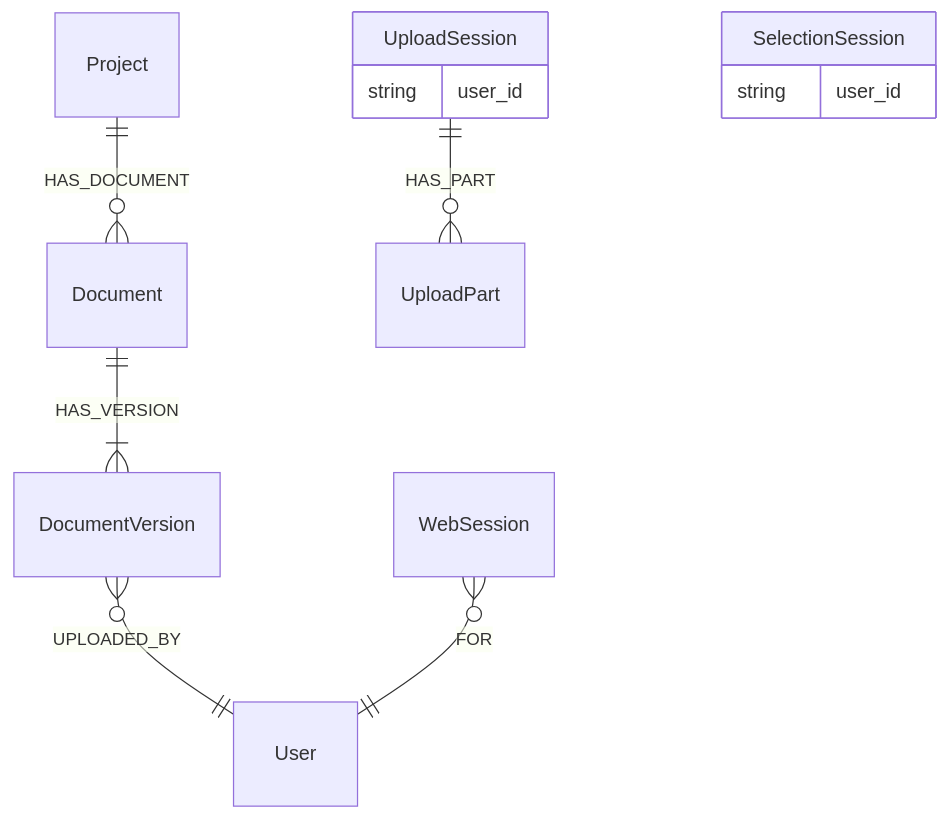
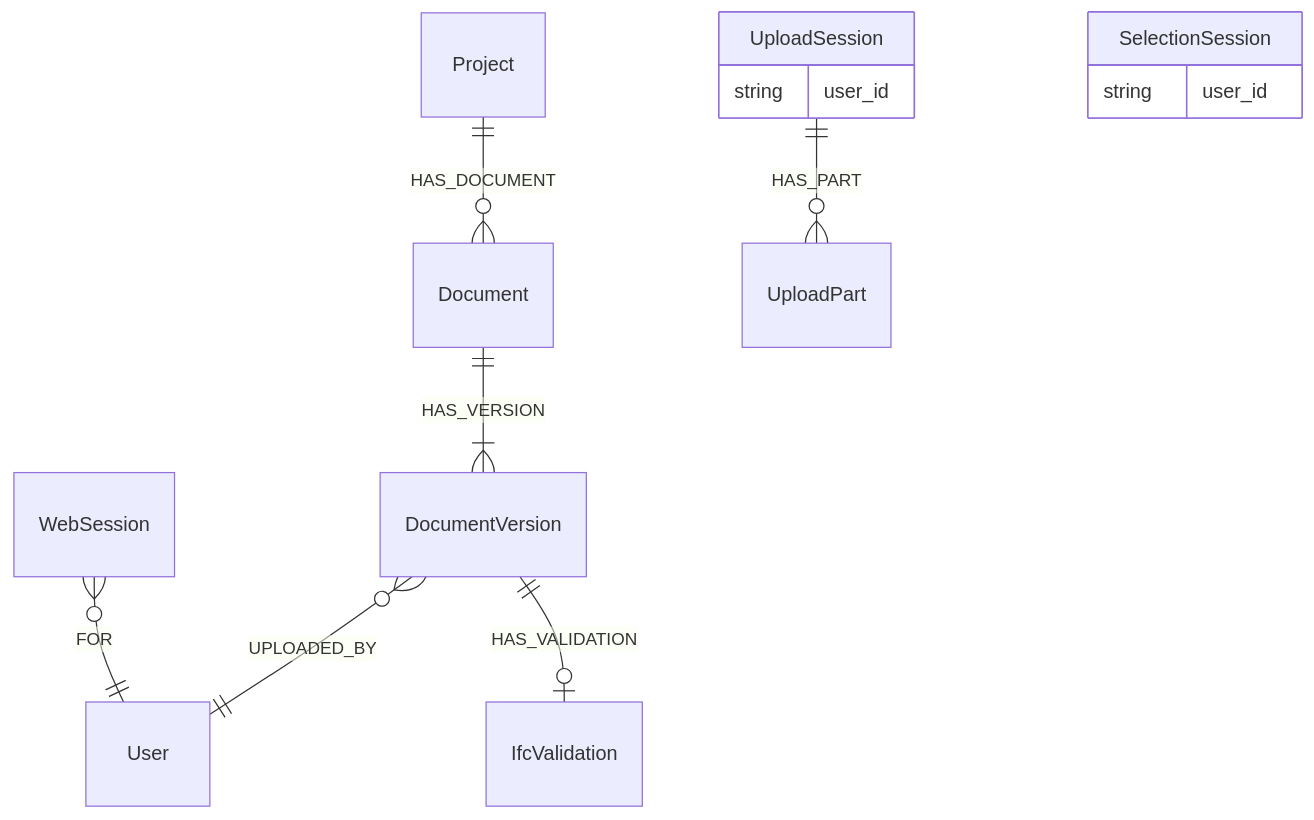
Before and after one commit to marwiss/Kontroll: the fifth of 6 diagrams in docs/fi/graph-schema.md, drawn with Mermaid. The commit also changed other lines of this file and 38 other files, not shown here.

First line of the commit message:
Document the check of uploaded IFC files

````diff
--- a/docs/fi/graph-schema.md
+++ b/docs/fi/graph-schema.md
@@ -126,14 +126,15 @@
 ```mermaid
 erDiagram
     Project ||--o{ Document : HAS_DOCUMENT
     Document ||--|{ DocumentVersion : HAS_VERSION
     DocumentVersion }o--|| User : UPLOADED_BY
+    DocumentVersion ||--o| IfcValidation : HAS_VALIDATION
     UploadSession ||--o{ UploadPart : HAS_PART
     WebSession }o--|| User : FOR
     UploadSession {
         string user_id
     }
     SelectionSession {
         string user_id
     }
 ```
````
